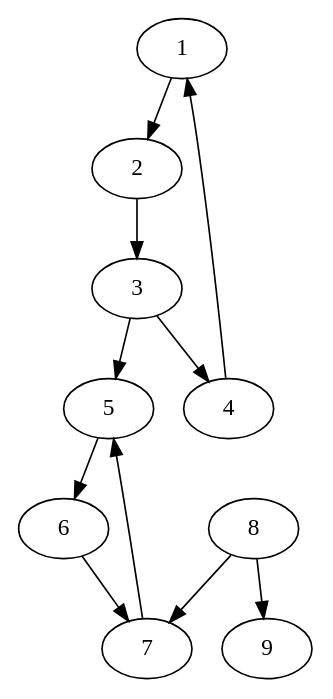
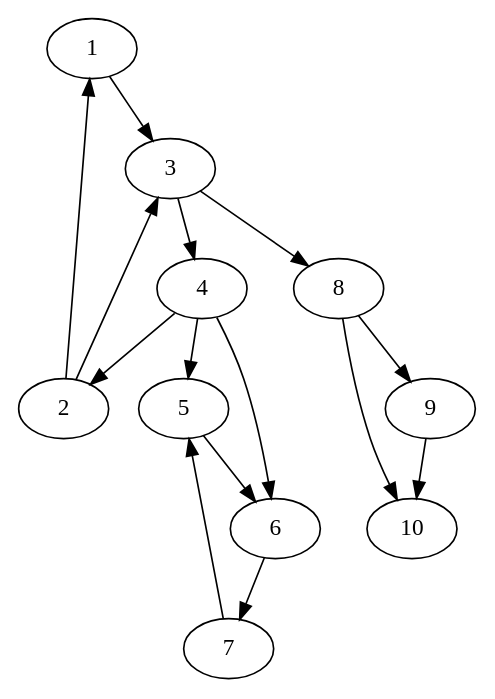
Before and after one commit to ArthurZucker/IAG_TP1_Final: the diagram in digraph-1-predfs.dot, drawn with Graphviz. The commit also changed 10 other files, not shown here.

```diff
--- a/digraph-1-predfs.dot
+++ b/digraph-1-predfs.dot
@@ -1,12 +1,16 @@
 digraph premier_graph {
-1 -> 2 ;
+1 -> 3 ;
+2 -> 1 ;
 2 -> 3 ;
 3 -> 4 ;
-3 -> 5 ;
-4 -> 1 ;
+3 -> 8 ;
+4 -> 2 ;
+4 -> 5 ;
+4 -> 6 ;
 5 -> 6 ;
 6 -> 7 ;
 7 -> 5 ;
-8 -> 7 ;
 8 -> 9 ;
-9;}
+8 -> 10 ;
+9 -> 10 ;
+10;}
```
